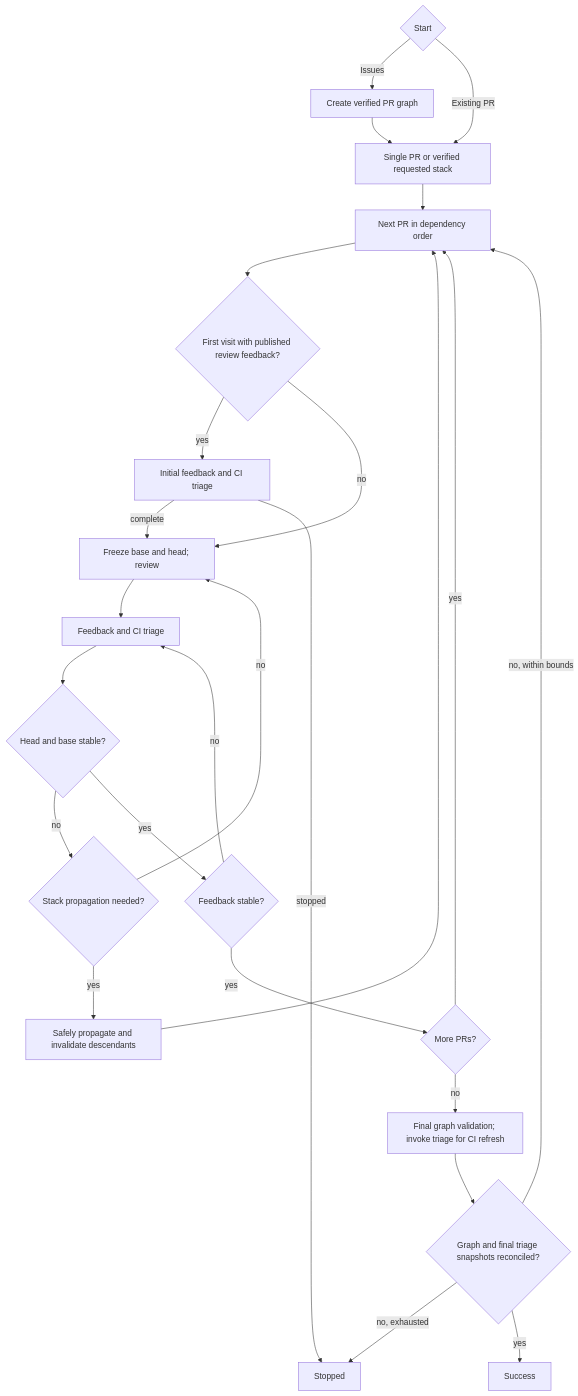
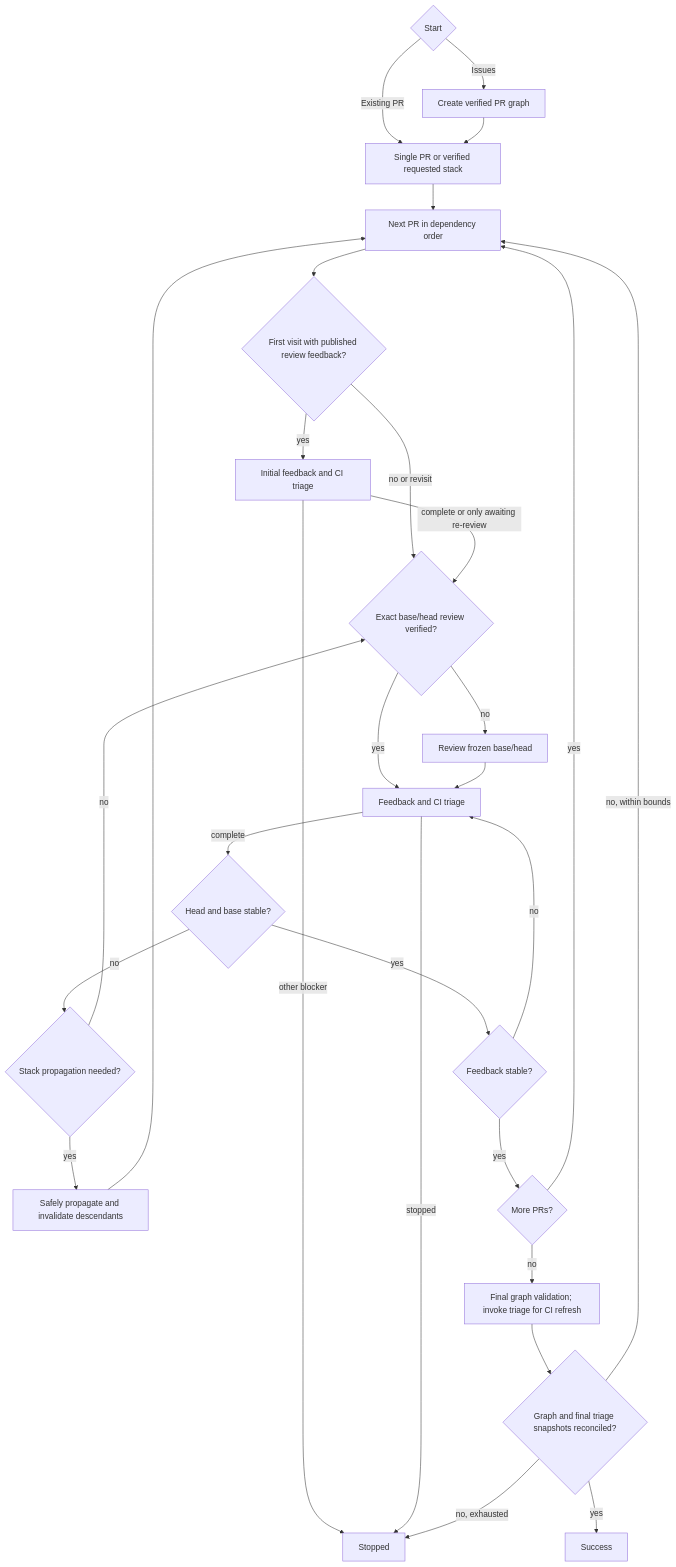
The diagram in skills/pr-loop/SKILL.md (dceoy/pr-loop), drawn with Mermaid before and after one commit. The commit also changed other lines of this file, not shown here.

Commit message:
Handle approval blockers and reuse verified PR reviews

````diff
--- a/skills/pr-loop/SKILL.md
+++ b/skills/pr-loop/SKILL.md
@@ -26,27 +26,30 @@
 ```mermaid
 flowchart TD
   S{Start} -->|Issues| I[Create verified PR graph]
   S -->|Existing PR| A[Single PR or verified requested stack]
   I --> A
   A --> B[Next PR in dependency order]
   B --> Q{First visit with published review feedback?}
   Q -->|yes| T[Initial feedback and CI triage]
-  Q -->|no| C[Freeze base and head; review]
-  T -->|complete| C
-  T -->|stopped| X[Stopped]
-  C --> D[Feedback and CI triage]
-  D --> E{Head and base stable?}
+  Q -->|no or revisit| C{Exact base/head review verified?}
+  T -->|complete or only awaiting re-review| C
+  T -->|other blocker| X[Stopped]
+  C -->|no| R[Review frozen base/head]
+  C -->|yes| D[Feedback and CI triage]
+  R --> D
+  D -->|complete| E{Head and base stable?}
+  D -->|stopped| X
   E -->|no| F{Stack propagation needed?}
   F -->|yes| G[Safely propagate and invalidate descendants]
   G --> B
   F -->|no| C
   E -->|yes| K{Feedback stable?}
   K -->|no| D
   K -->|yes| H{More PRs?}
   H -->|yes| B
   H -->|no| V[Final graph validation; invoke triage for CI refresh]
   V --> J{Graph and final triage snapshots reconciled?}
   J -->|no, within bounds| B
   J -->|no, exhausted| X[Stopped]
   J -->|yes| Y[Success]
 ```
````
